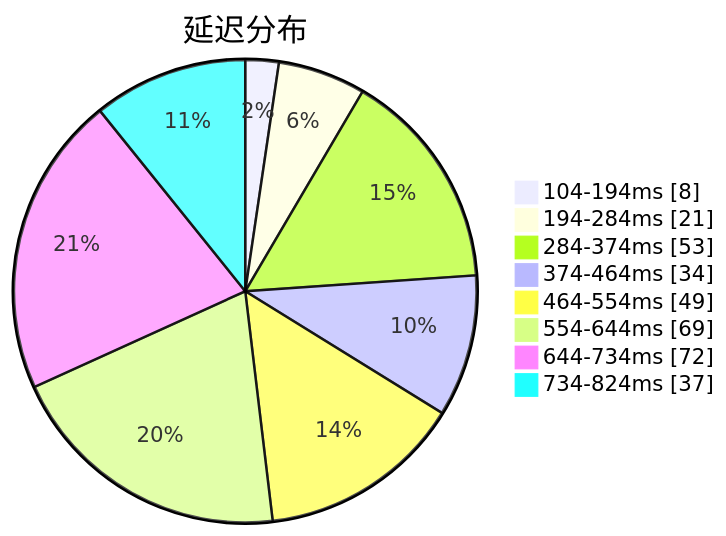
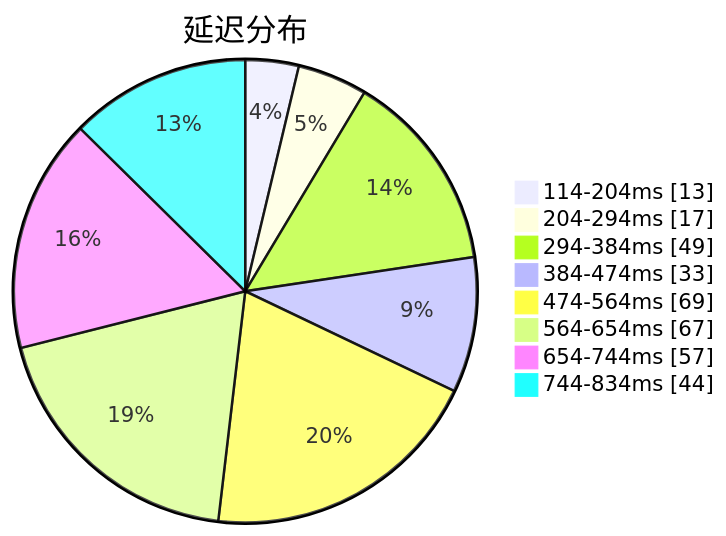
One commit to sinspired/airport changed the first of 3 diagrams in subs/statistics/tested_within.md. Above: the diagram before and after it, drawn with Mermaid. The commit also changed other lines of this file and 2 other files, not shown here.

````diff
--- a/subs/statistics/tested_within.md
+++ b/subs/statistics/tested_within.md
@@ -2,12 +2,12 @@
 ```mermaid
 pie showData
 title 延迟分布
-"104-194ms" : 8
-"194-284ms" : 21
-"284-374ms" : 53
-"374-464ms" : 34
-"464-554ms" : 49
-"554-644ms" : 69
-"644-734ms" : 72
-"734-824ms" : 37
+"114-204ms" : 13
+"204-294ms" : 17
+"294-384ms" : 49
+"384-474ms" : 33
+"474-564ms" : 69
+"564-654ms" : 67
+"654-744ms" : 57
+"744-834ms" : 44
 ```
````
